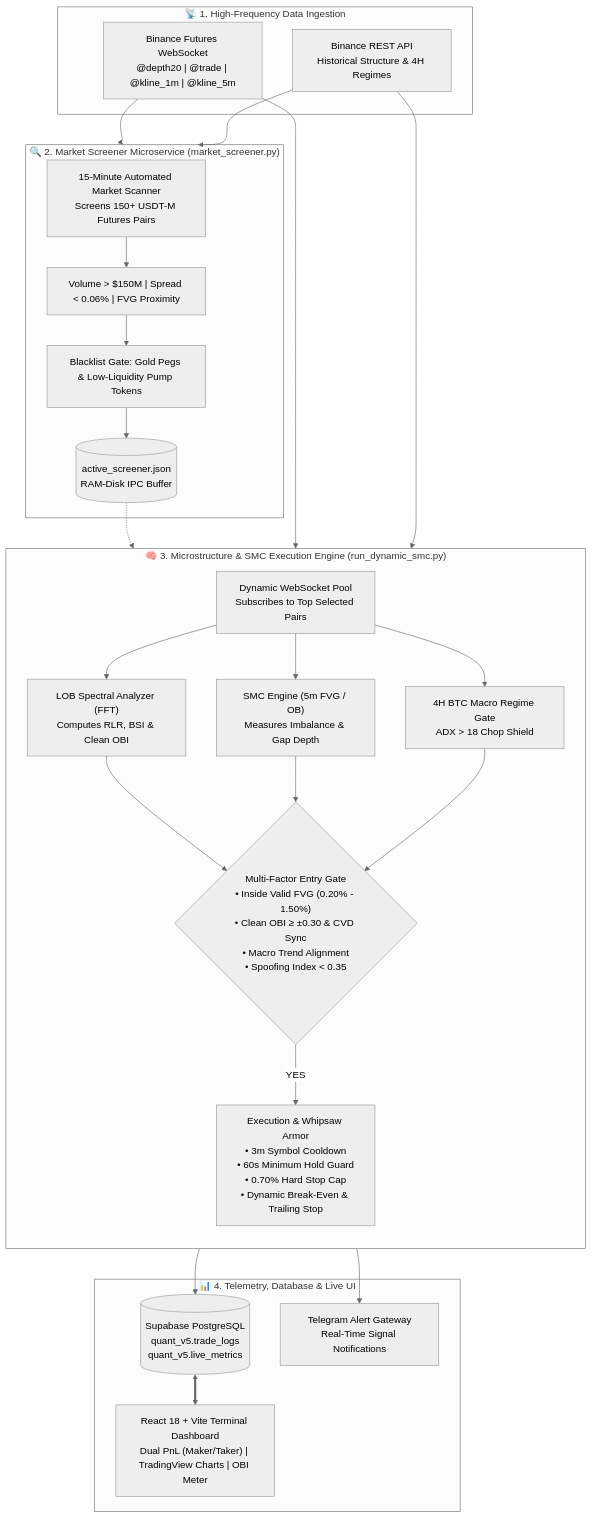
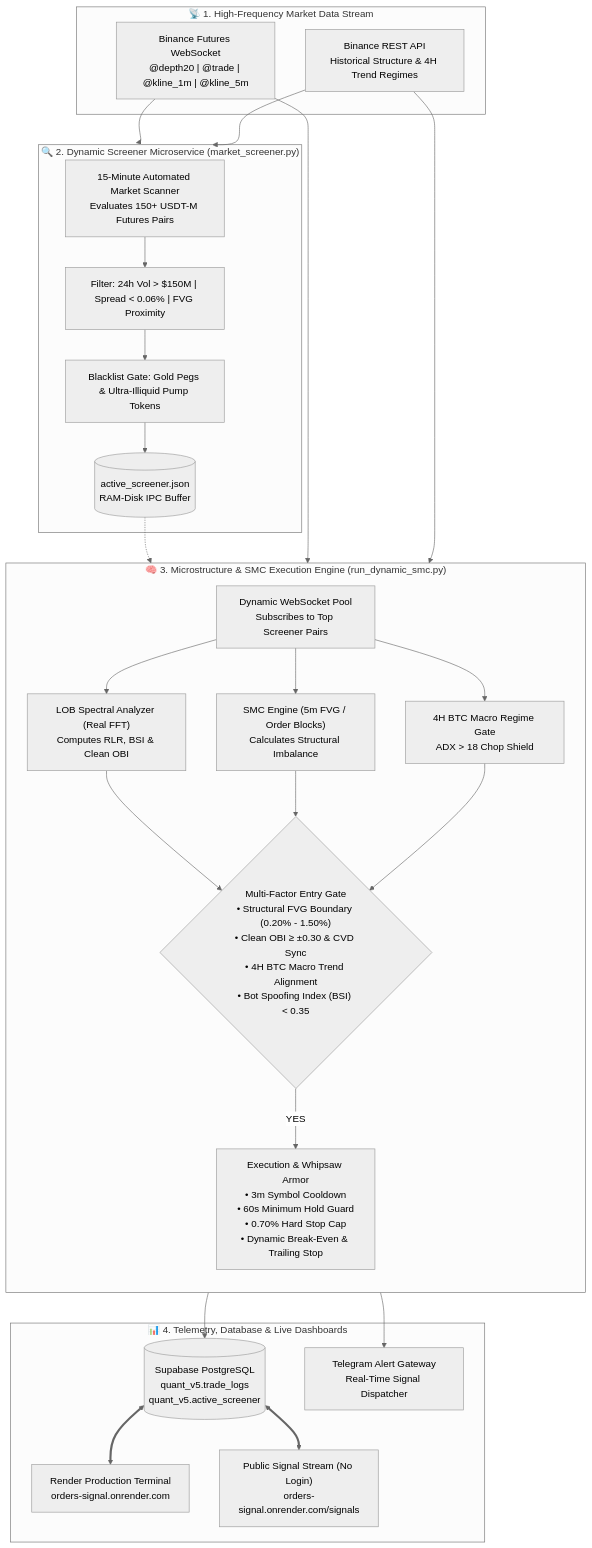
One commit to huseyin-yigit-ulker/spectral-lob-trading changed the diagram in README.md. Above: the diagram before and after it, drawn with Mermaid (neutral theme). The commit also changed other lines of this file and 10 other files, not shown here.

Commit message:
feat: add public signals monitor, fix -100% loss bug, custom favicon, and cloud deployment configs

````diff
--- a/README.md
+++ b/README.md
@@ -38,40 +48,42 @@
 ```mermaid
 flowchart TB
-    subgraph DataIngestion["📡 1. High-Frequency Data Ingestion"]
+    subgraph DataIngestion["📡 1. High-Frequency Market Data Stream"]
         BN_WS["Binance Futures WebSocket<br/>@depth20 | @trade | @kline_1m | @kline_5m"]
-        BN_REST["Binance REST API<br/>Historical Structure & 4H Regimes"]
+        BN_REST["Binance REST API<br/>Historical Structure & 4H Trend Regimes"]
     end
 
-    subgraph ScreenerService["🔍 2. Market Screener Microservice (market_screener.py)"]
-        Scanner["15-Minute Automated Market Scanner<br/>Screens 150+ USDT-M Futures Pairs"]
-        Filter["Volume > $150M | Spread < 0.06% | FVG Proximity"]
-        Blacklist["Blacklist Gate: Gold Pegs & Low-Liquidity Pump Tokens"]
+    subgraph ScreenerService["🔍 2. Dynamic Screener Microservice (market_screener.py)"]
+        Scanner["15-Minute Automated Market Scanner<br/>Evaluates 150+ USDT-M Futures Pairs"]
+        Filter["Filter: 24h Vol > $150M | Spread < 0.06% | FVG Proximity"]
+        Blacklist["Blacklist Gate: Gold Pegs & Ultra-Illiquid Pump Tokens"]
         RAM_Cache[("active_screener.json<br/>RAM-Disk IPC Buffer")]
         Scanner --> Filter --> Blacklist --> RAM_Cache
     end
 
     subgraph QuantEngine["🧠 3. Microstructure & SMC Execution Engine (run_dynamic_smc.py)"]
         direction TB
-        RAM_Cache -.-> DynamicSub["Dynamic WebSocket Pool<br/>Subscribes to Top Selected Pairs"]
-        DynamicSub --> LOB_Analyzer["LOB Spectral Analyzer (FFT)<br/>Computes RLR, BSI & Clean OBI"]
-        DynamicSub --> SMC_Detector["SMC Engine (5m FVG / OB)<br/>Measures Imbalance & Gap Depth"]
+        RAM_Cache -.-> DynamicSub["Dynamic WebSocket Pool<br/>Subscribes to Top Screener Pairs"]
+        DynamicSub --> LOB_Analyzer["LOB Spectral Analyzer (Real FFT)<br/>Computes RLR, BSI & Clean OBI"]
+        DynamicSub --> SMC_Detector["SMC Engine (5m FVG / Order Blocks)<br/>Calculates Structural Imbalance"]
         DynamicSub --> Macro_Gate["4H BTC Macro Regime Gate<br/>ADX > 18 Chop Shield"]
         
-        LOB_Analyzer & SMC_Detector & Macro_Gate --> DecisionLogic{"Multi-Factor Entry Gate<br/>• Inside Valid FVG (0.20% - 1.50%)<br/>• Clean OBI ≥ ±0.30 & CVD Sync<br/>• Macro Trend Alignment<br/>• Spoofing Index < 0.35"}
+        LOB_Analyzer & SMC_Detector & Macro_Gate --> DecisionLogic{"Multi-Factor Entry Gate<br/>• Structural FVG Boundary (0.20% - 1.50%)<br/>• Clean OBI ≥ ±0.30 & CVD Sync<br/>• 4H BTC Macro Trend Alignment<br/>• Bot Spoofing Index (BSI) < 0.35"}
         
         DecisionLogic -- YES --> OrderManager["Execution & Whipsaw Armor<br/>• 3m Symbol Cooldown<br/>• 60s Minimum Hold Guard<br/>• 0.70% Hard Stop Cap<br/>• Dynamic Break-Even & Trailing Stop"]
     end
 
-    subgraph TelemetryUI["📊 4. Telemetry, Database & Live UI"]
-        DB[("Supabase PostgreSQL<br/>quant_v5.trade_logs<br/>quant_v5.live_metrics")]
-        TG["Telegram Alert Gateway<br/>Real-Time Signal Notifications"]
-        UI["React 18 + Vite Terminal Dashboard<br/>Dual PnL (Maker/Taker) | TradingView Charts | OBI Meter"]
+    subgraph TelemetryUI["📊 4. Telemetry, Database & Live Dashboards"]
+        DB[("Supabase PostgreSQL<br/>quant_v5.trade_logs<br/>quant_v5.active_screener")]
+        TG["Telegram Alert Gateway<br/>Real-Time Signal Dispatcher"]
+        UI_PROD["Render Production Terminal<br/>orders-signal.onrender.com"]
+        UI_SIGNALS["Public Signal Stream (No Login)<br/>orders-signal.onrender.com/signals"]
         
         OrderManager --> DB
         OrderManager --> TG
-        DB <==> UI
+        DB <==> UI_PROD
+        DB <==> UI_SIGNALS
     end
 
     BN_WS & BN_REST --> ScreenerService
     BN_WS & BN_REST --> QuantEngine
 ```
````
